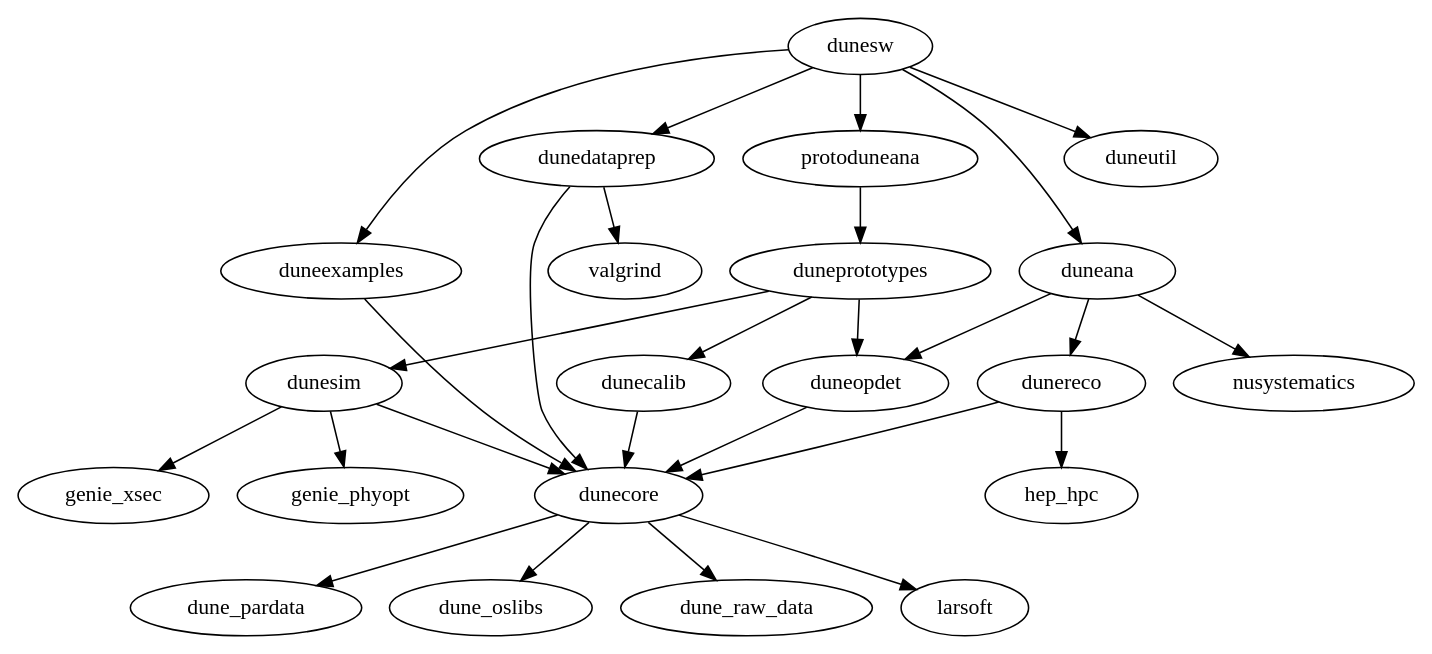
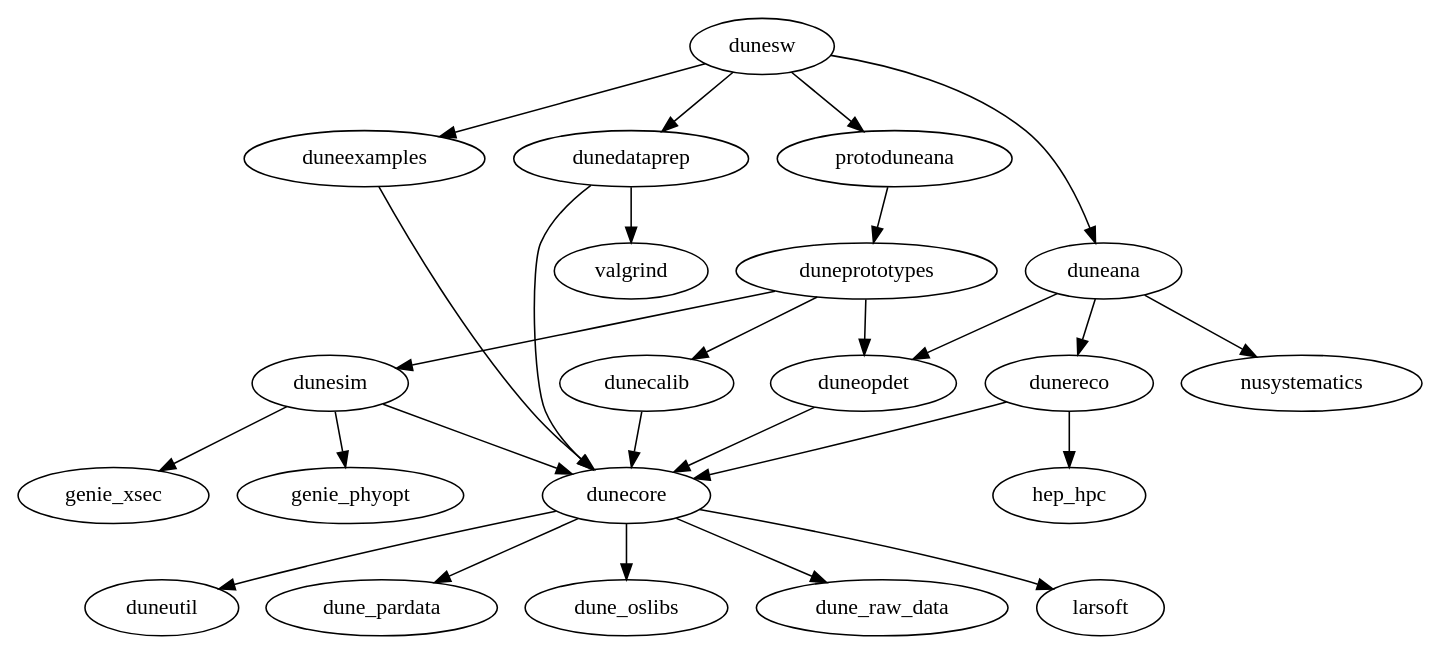
Before and after one commit to calcuttj/split_dunetpc: the diagram in first_try/ups_depgraph/dg.dot, drawn with Graphviz. The commit also changed 2 other files, not shown here.

Commit message:
dg: Moving duneutil under dunecore instead of sw

```diff
--- a/first_try/ups_depgraph/dg.dot
+++ b/first_try/ups_depgraph/dg.dot
@@ -1,28 +1,28 @@
 digraph G {
 dunesw -> duneexamples
 dunesw -> dunedataprep
 dunesw -> duneana
-dunesw -> duneutil
+dunecore -> duneutil
 dunesw -> protoduneana
 dunecore -> dune_pardata
 dunesim -> genie_xsec
 dunesim -> genie_phyopt
 dunecore -> dune_oslibs
 duneana -> dunereco
 duneana -> duneopdet
 duneana -> nusystematics
 dunecalib -> dunecore
 dunecore -> dune_raw_data
 dunedataprep -> valgrind
 dunedataprep -> dunecore
 duneexamples -> dunecore 
 duneopdet -> dunecore 
 duneprototypes -> duneopdet 
 duneprototypes -> dunecalib
 duneprototypes -> dunesim
 dunereco -> dunecore
 dunereco -> hep_hpc
 dunesim -> dunecore
 dunecore -> larsoft
 protoduneana -> duneprototypes
 }
```
